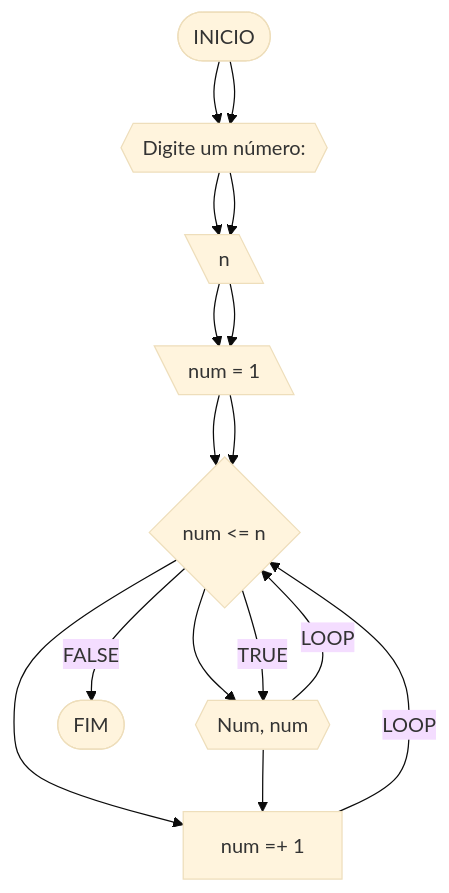
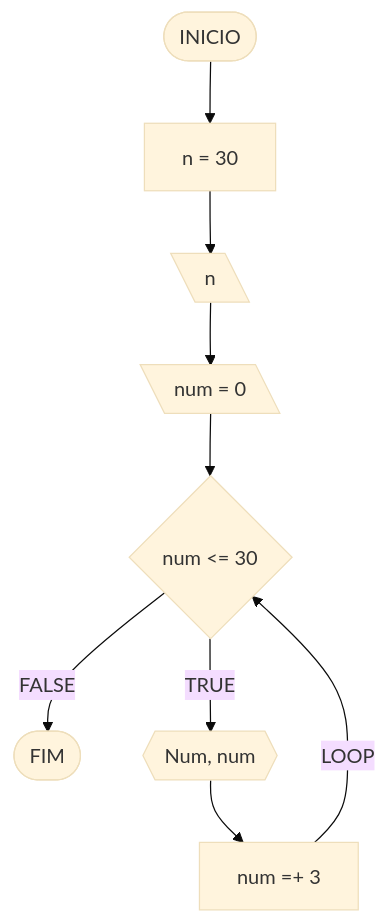
One commit to MozillaFirefox/UNIFOR changed diagram 13 of 22 in codigos.md. Above: the diagram before and after it, drawn with Mermaid (base theme). The commit also changed other lines of this file, not shown here.

````diff
--- a/codigos.md
+++ b/codigos.md
@@ -609,19 +609,11 @@
 ```mermaid
 flowchart TD
-
-A([INICIO]) --> B{{Digite um número: }}
+A([INICIO]) --> B[n = 30]
 B --> C[\n\]
-C --> D[\num= 0\]
-D --> E[[i=0 ATÉ 30 PASSO 3]]
-E --> G([FIM])
-E --> F[num =+ i]
-F --LOOP--> E
-A([INICIO]) --> B{{Digite um número: }}
-B --> C[\n\]
-C --> D[\num = 1\]
-D --> E{num <= n}
+C --> D[\num = 0\]
+D --> E{num <= 30}
 E --FALSE--> I([FIM])
 E --TRUE--> F{{"Num", num}}
-F --> G[num =+ 1]
+F --> G[num =+ 3]
 G --LOOP--> E
 ```
````
